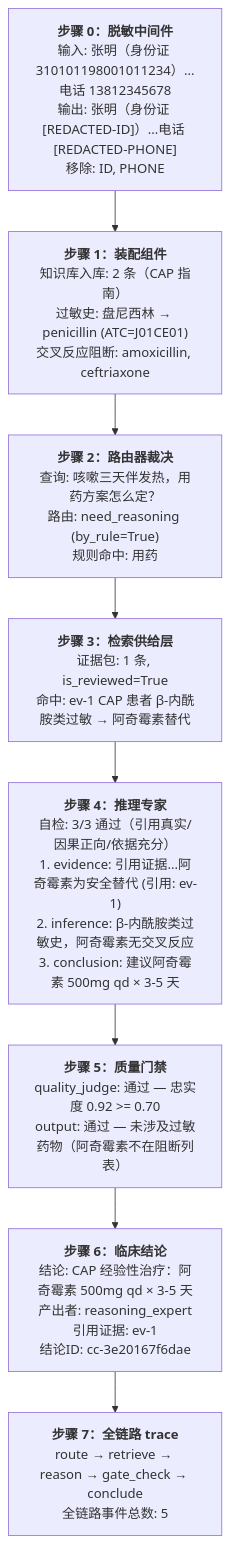
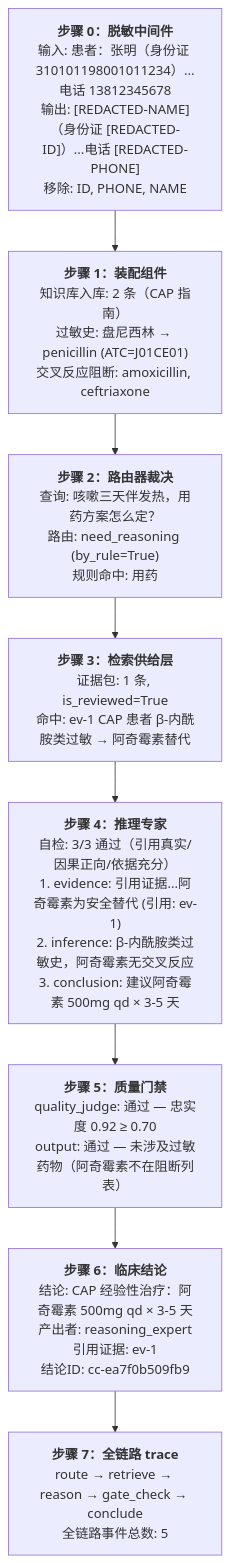
The second of 4 diagrams in README.md (bobsmith513/harness-medical-agent), drawn with Mermaid before and after one commit. The commit also changed other lines of this file and 24 other files, not shown here.

````diff
--- a/README.md
+++ b/README.md
@@ -235,13 +235,13 @@
 ```mermaid
 flowchart TD
-    A["<b>步骤 0：脱敏中间件</b><br/>输入: 张明（身份证 310101198001011234）...电话 13812345678<br/>输出: 张明（身份证 [REDACTED-ID]）...电话 [REDACTED-PHONE]<br/>移除: ID, PHONE"]
+    A["<b>步骤 0：脱敏中间件</b><br/>输入: 患者：张明（身份证 310101198001011234）...电话 13812345678<br/>输出: [REDACTED-NAME]（身份证 [REDACTED-ID]）...电话 [REDACTED-PHONE]<br/>移除: ID, PHONE, NAME"]
     B["<b>步骤 1：装配组件</b><br/>知识库入库: 2 条（CAP 指南）<br/>过敏史: 盘尼西林 → penicillin (ATC=J01CE01)<br/>交叉反应阻断: amoxicillin, ceftriaxone"]
     C["<b>步骤 2：路由器裁决</b><br/>查询: 咳嗽三天伴发热，用药方案怎么定？<br/>路由: need_reasoning (by_rule=True)<br/>规则命中: 用药"]
     D["<b>步骤 3：检索供给层</b><br/>证据包: 1 条, is_reviewed=True<br/>命中: ev-1 CAP 患者 β-内酰胺类过敏 → 阿奇霉素替代"]
     E["<b>步骤 4：推理专家</b><br/>自检: 3/3 通过（引用真实/因果正向/依据充分）<br/>1. evidence: 引用证据...阿奇霉素为安全替代 (引用: ev-1)<br/>2. inference: β-内酰胺类过敏史，阿奇霉素无交叉反应<br/>3. conclusion: 建议阿奇霉素 500mg qd × 3-5 天"]
-    F["<b>步骤 5：质量门禁</b><br/>quality_judge: 通过 — 忠实度 0.92 >= 0.70<br/>output: 通过 — 未涉及过敏药物（阿奇霉素不在阻断列表）"]
-    G["<b>步骤 6：临床结论</b><br/>结论: CAP 经验性治疗：阿奇霉素 500mg qd × 3-5 天<br/>产出者: reasoning_expert<br/>引用证据: ev-1<br/>结论ID: cc-3e20167f6dae"]
+    F["<b>步骤 5：质量门禁</b><br/>quality_judge: 通过 — 忠实度 0.92 ≥ 0.70<br/>output: 通过 — 未涉及过敏药物（阿奇霉素不在阻断列表）"]
+    G["<b>步骤 6：临床结论</b><br/>结论: CAP 经验性治疗：阿奇霉素 500mg qd × 3-5 天<br/>产出者: reasoning_expert<br/>引用证据: ev-1<br/>结论ID: cc-ea7f0b509fb9"]
     H["<b>步骤 7：全链路 trace</b><br/>route → retrieve → reason → gate_check → conclude<br/>全链路事件总数: 5"]
 
     A --> B --> C --> D --> E --> F --> G --> H
 ```
````
